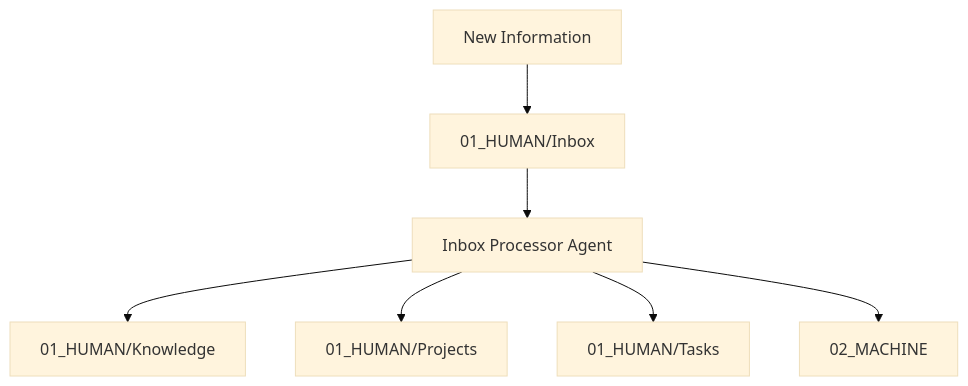
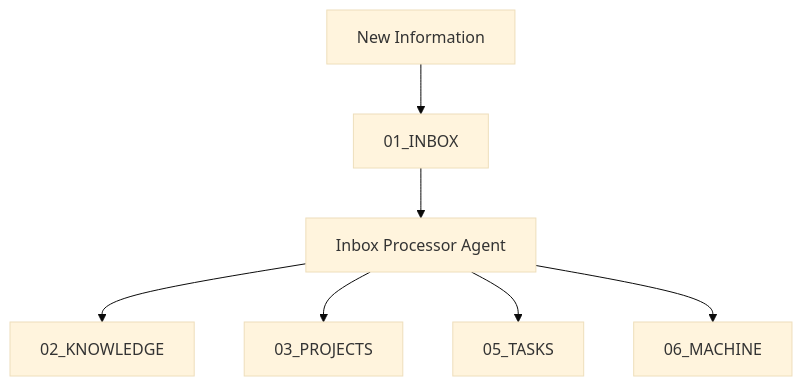
One commit to BygraveRyan/V.A.N.T.i.S-Architecture changed the third of 4 diagrams in 03_SYSTEM/Protocols/VANTIS_SYSTEM_DIAGRAM.md. Above: the diagram before and after it, drawn with Mermaid (base theme). The commit also changed other lines of this file and 21 other files, not shown here.

````diff
--- a/03_SYSTEM/Protocols/VANTIS_SYSTEM_DIAGRAM.md
+++ b/03_SYSTEM/Protocols/VANTIS_SYSTEM_DIAGRAM.md
@@ -201,24 +201,24 @@
 ```mermaid
 flowchart TD
 
 Input[New Information]
 
-Inbox[01_HUMAN/Inbox]
+Inbox[01_INBOX]
 
 Processor[Inbox Processor Agent]
 
-Knowledge[01_HUMAN/Knowledge]
+Knowledge[02_KNOWLEDGE]
 
-Projects[01_HUMAN/Projects]
+Projects[03_PROJECTS]
 
-Tasks[01_HUMAN/Tasks]
+Tasks[05_TASKS]
 
-Output[02_MACHINE]
+Output[06_MACHINE]
 
 Input --> Inbox
 Inbox --> Processor
 Processor --> Knowledge
 Processor --> Projects
 Processor --> Tasks
 Processor --> Output
 ```
````
